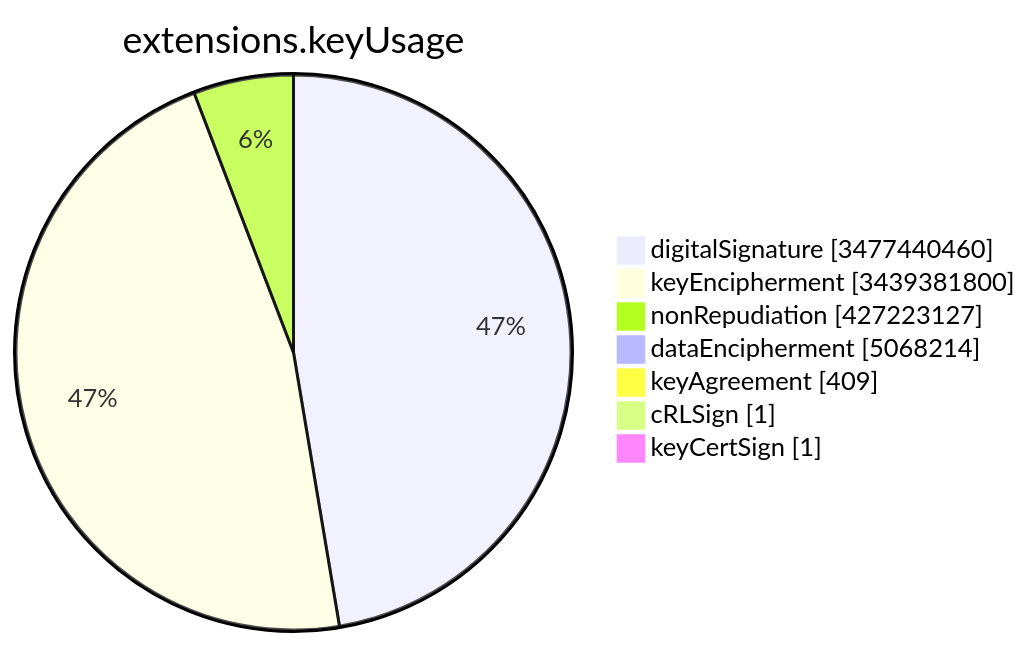
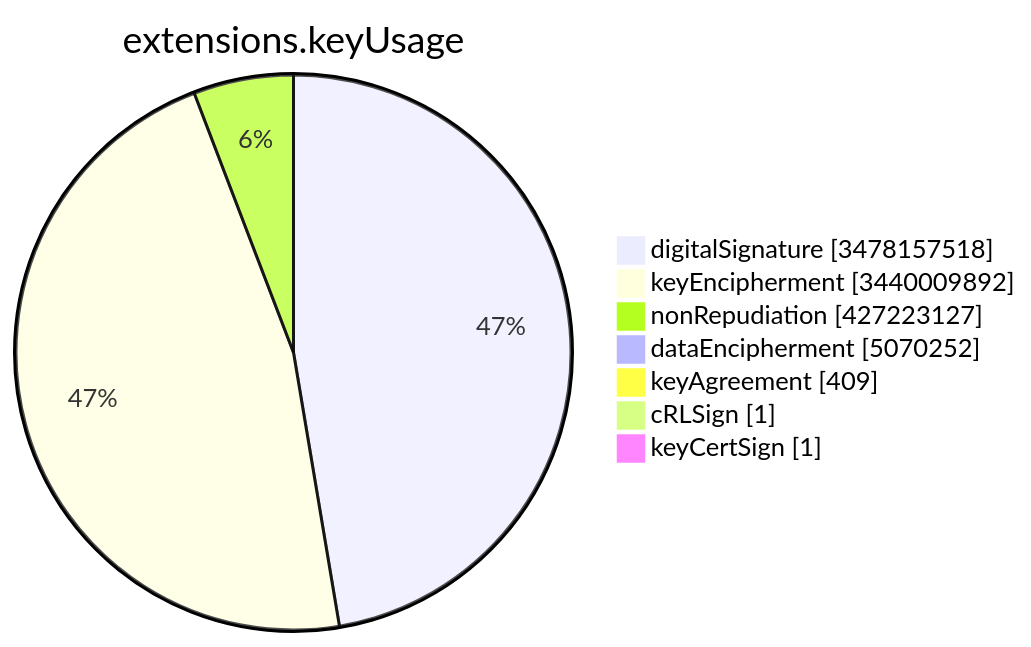
The sixth of 15 diagrams in TOTAL/README.md (christiankrug/ctmonitor_visualization), drawn with Mermaid before and after one commit. The commit also changed other lines of this file, not shown here.

````diff
--- a/TOTAL/README.md
+++ b/TOTAL/README.md
@@ -3082,11 +3082,11 @@
 ```mermaid
 pie showData
 title extensions.keyUsage
-"digitalSignature" :3477440460
-"keyEncipherment" :3439381800
+"digitalSignature" :3478157518
+"keyEncipherment" :3440009892
 "nonRepudiation" :427223127
-"dataEncipherment" :5068214
+"dataEncipherment" :5070252
 "keyAgreement" :409
 "cRLSign" :1
 "keyCertSign" :1
 ```
````
